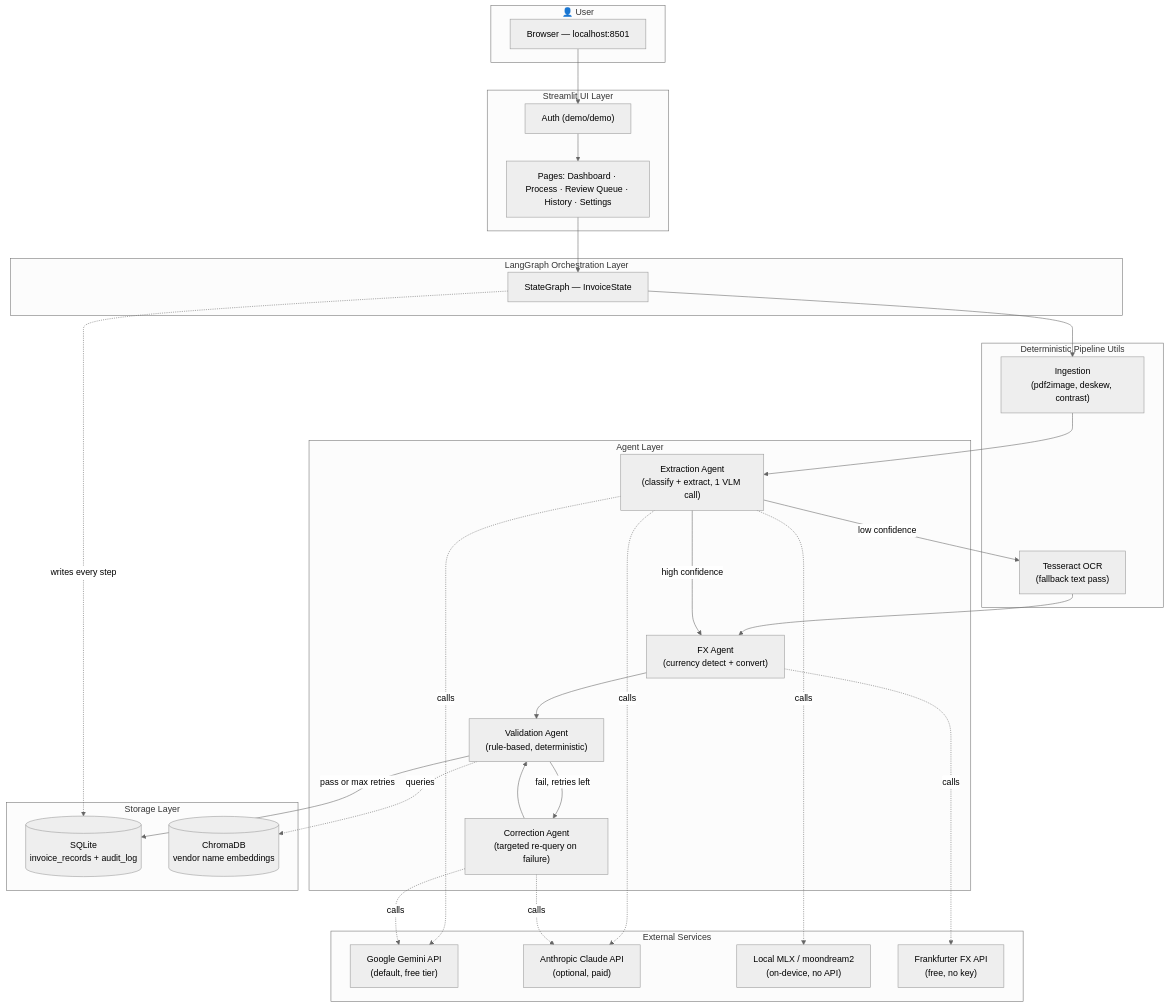
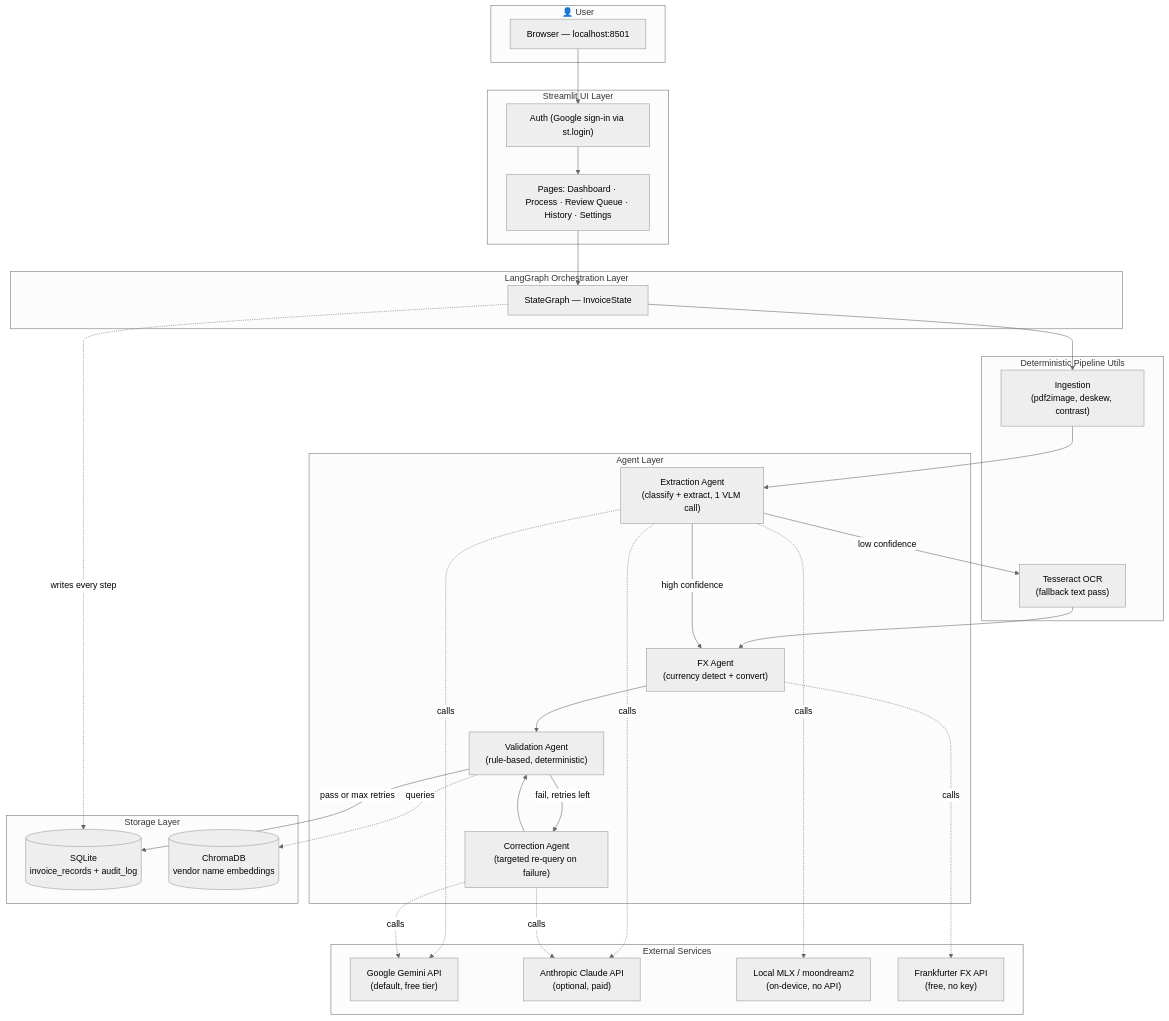
Before and after one commit to yb-snow/docagent: the first of 3 diagrams in architecture.md, drawn with Mermaid (neutral theme). The commit also changed other lines of this file, not shown here.

First line of the commit message:
Update architecture.md with deployment steps and the new auth/security model

````diff
--- a/architecture.md
+++ b/architecture.md
@@ -46,57 +46,57 @@
 ```mermaid
 flowchart TB
     subgraph Client["👤 User"]
         Browser["Browser — localhost:8501"]
     end
 
     subgraph UI["Streamlit UI Layer"]
-        Auth["Auth (demo/demo)"]
+        Auth["Auth (Google sign-in via st.login)"]
         Pages["Pages: Dashboard · Process · Review Queue · History · Settings"]
     end
 
     subgraph Orchestration["LangGraph Orchestration Layer"]
         Graph["StateGraph — InvoiceState"]
     end
 
     subgraph Agents["Agent Layer"]
         Extract["Extraction Agent<br/>(classify + extract, 1 VLM call)"]
         Correct["Correction Agent<br/>(targeted re-query on failure)"]
         Validate["Validation Agent<br/>(rule-based, deterministic)"]
         FX["FX Agent<br/>(currency detect + convert)"]
     end
 
     subgraph Pipeline["Deterministic Pipeline Utils"]
         Ingest["Ingestion<br/>(pdf2image, deskew, contrast)"]
         OCR["Tesseract OCR<br/>(fallback text pass)"]
     end
 
     subgraph External["External Services"]
         Gemini["Google Gemini API<br/>(default, free tier)"]
         Claude["Anthropic Claude API<br/>(optional, paid)"]
         MLX["Local MLX / moondream2<br/>(on-device, no API)"]
         FXAPI["Frankfurter FX API<br/>(free, no key)"]
     end
 
     subgraph Storage["Storage Layer"]
         SQLite[("SQLite<br/>invoice_records + audit_log")]
         Chroma[("ChromaDB<br/>vendor name embeddings")]
     end
 
     Browser --> Auth --> Pages --> Graph
     Graph --> Ingest --> Extract
     Extract -->|low confidence| OCR --> FX
     Extract -->|high confidence| FX
     FX --> Validate
     Validate -->|fail, retries left| Correct --> Validate
     Validate -->|pass or max retries| SQLite
 
     Extract -.calls.-> Gemini
     Extract -.calls.-> Claude
     Extract -.calls.-> MLX
     Correct -.calls.-> Gemini
     Correct -.calls.-> Claude
     FX -.calls.-> FXAPI
     Validate -.queries.-> Chroma
 
     Graph -.writes every step.-> SQLite
 ```
````
